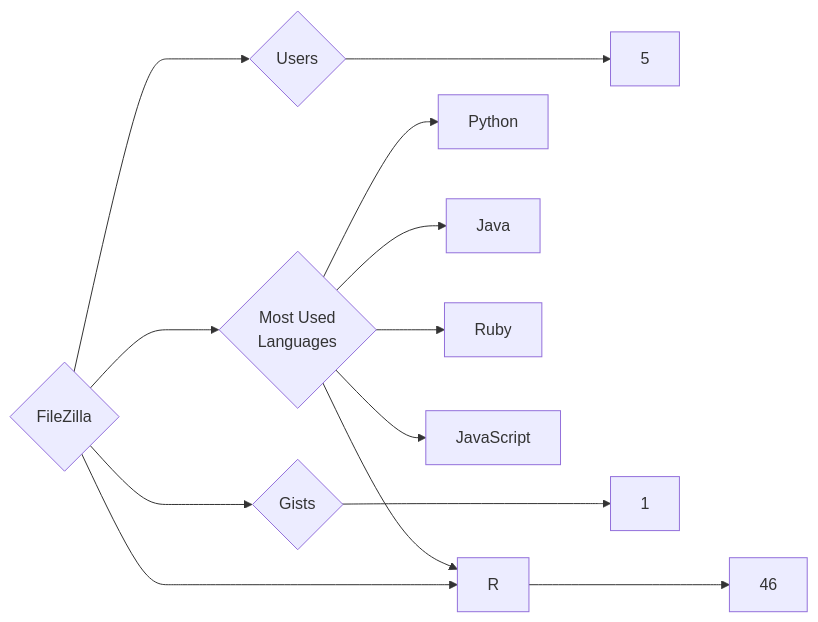
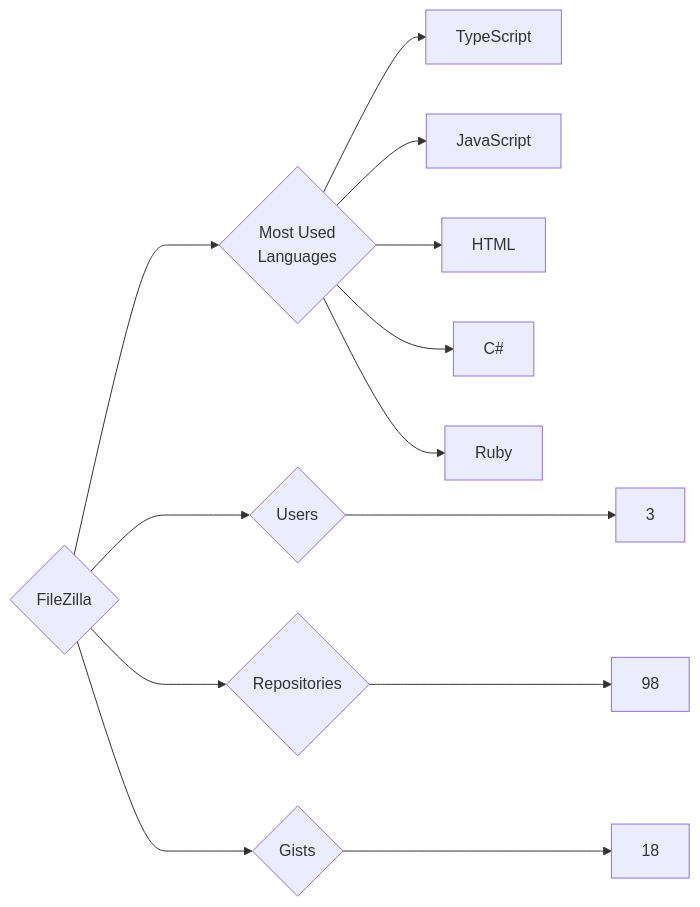
One commit to trickest/insiders changed the diagram in targets/FileZilla/README.md. Above: the diagram before and after it, drawn with Mermaid. The commit also changed 618 other files, not shown here.

````diff
--- a/targets/FileZilla/README.md
+++ b/targets/FileZilla/README.md
@@ -3,13 +3,13 @@
 ```mermaid
 graph LR
 COMPANY_NAME{FileZilla}
-COMPANY_NAME ---> U{Users} ---> UN[5]
-COMPANY_NAME ---> R{Repositories} ---> RN[46]
-COMPANY_NAME ---> G{Gists} ---> GN[1]
+COMPANY_NAME ---> U{Users} ---> UN[3]
+COMPANY_NAME ---> R{Repositories} ---> RN[98]
+COMPANY_NAME ---> G{Gists} ---> GN[18]
 COMPANY_NAME ---> ML{Most Used<br>Languages}
-ML --> Python[Python]
-ML --> Java[Java]
+ML --> TypeScript[TypeScript]
+ML --> JavaScript[JavaScript]
+ML --> HTML[HTML]
+ML --> C#[C#]
 ML --> Ruby[Ruby]
-ML --> JavaScript[JavaScript]
-ML --> R[R]
 ```
````
